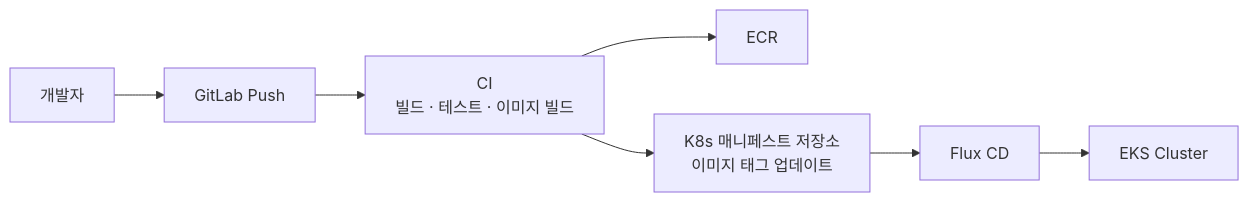
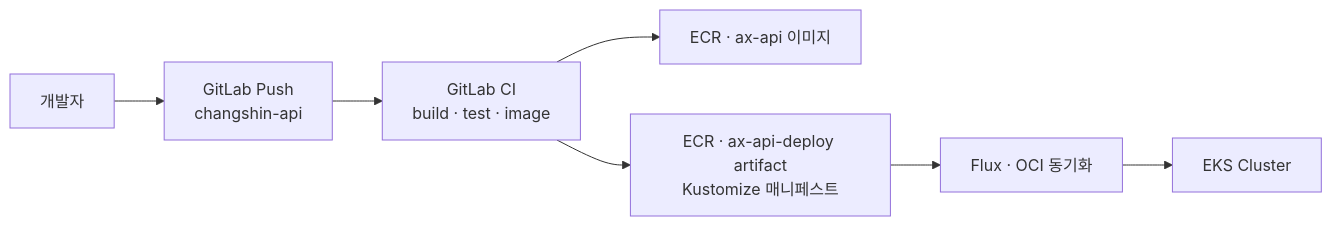
Before and after one commit to hakseon-yoo/obsidian-memories: the second of 2 diagrams in ChangShin/Infrastructure/20 - AWS Deployment.md, drawn with Mermaid. The commit also changed other lines of this file and 16 other files, not shown here.

````diff
--- a/ChangShin/Infrastructure/20 - AWS Deployment.md
+++ b/ChangShin/Infrastructure/20 - AWS Deployment.md
@@ -175,9 +195,9 @@
 ```mermaid
 flowchart LR
-  Dev[개발자] --> Git[GitLab Push]
-  Git --> CI[CI<br/>빌드 · 테스트 · 이미지 빌드]
-  CI --> ECR
-  CI --> Manifests[K8s 매니페스트 저장소<br/>이미지 태그 업데이트]
-  Manifests --> Flux[Flux CD]
+  Dev[개발자] --> Git[GitLab Push<br/>changshin-api]
+  Git --> CI[GitLab CI<br/>build · test · image]
+  CI --> ECR1[ECR · ax-api 이미지]
+  CI --> ECR2[ECR · ax-api-deploy artifact<br/>Kustomize 매니페스트]
+  ECR2 --> Flux[Flux · OCI 동기화]
   Flux --> EKS[EKS Cluster]
 ```
````
